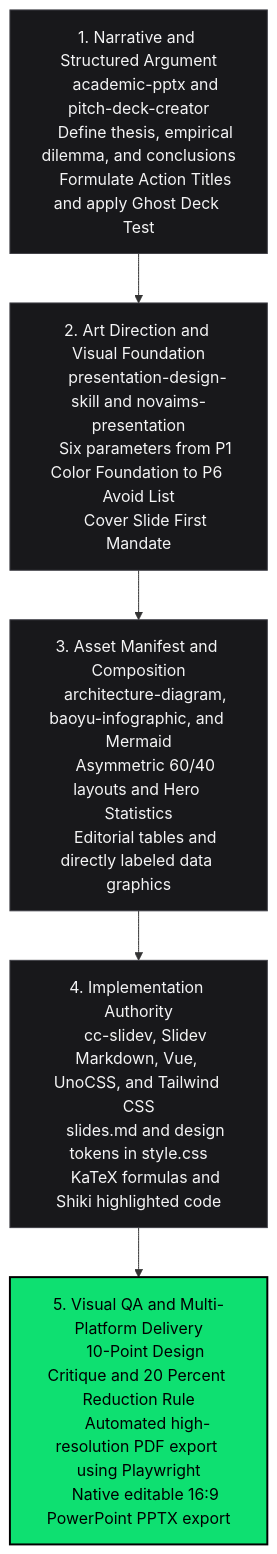
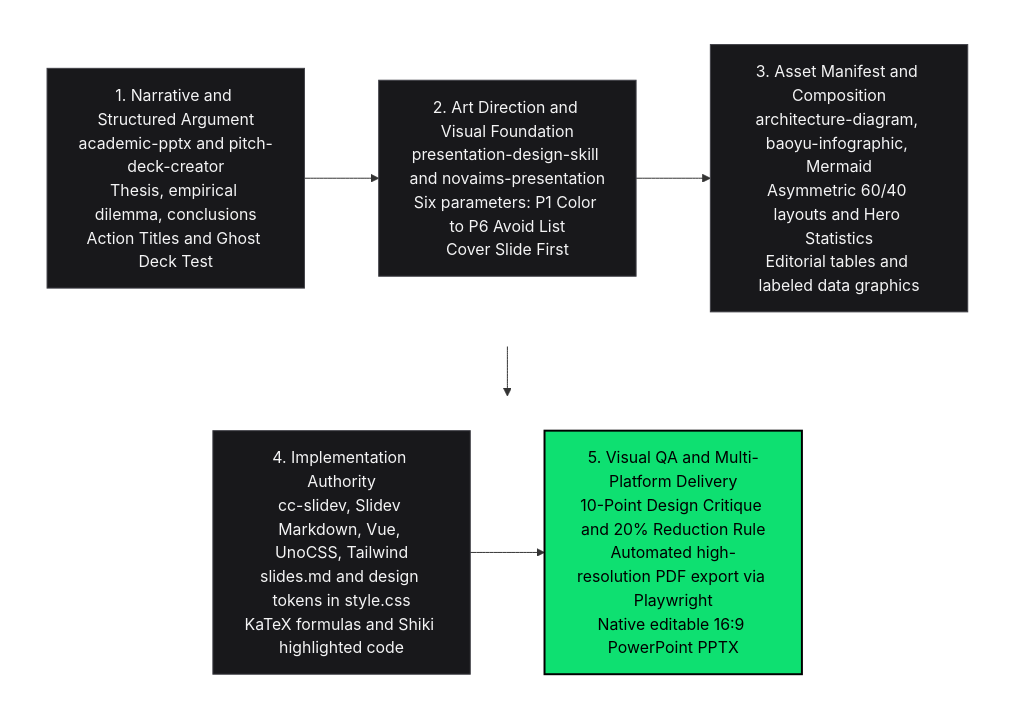
Before and after one commit to adrxLV/presentation-suite-workflow: the diagram in README.md, drawn with Mermaid.

````diff
--- a/README.md
+++ b/README.md
@@ -27,40 +27,30 @@
 ```mermaid
 
-flowchart TD
-    step1["1. Narrative and Structured Argument
-    academic-pptx and pitch-deck-creator
-    Define thesis, empirical dilemma, and conclusions
-    Formulate Action Titles and apply Ghost Deck Test"]
+flowchart TB
+    subgraph row1[" "]
+        direction LR
+        step1["1. Narrative and Structured Argument<br/>academic-pptx and pitch-deck-creator<br/>Thesis, empirical dilemma, conclusions<br/>Action Titles and Ghost Deck Test"]
+        step2["2. Art Direction and Visual Foundation<br/>presentation-design-skill and novaims-presentation<br/>Six parameters: P1 Color to P6 Avoid List<br/>Cover Slide First"]
+        step3["3. Asset Manifest and Composition<br/>architecture-diagram, baoyu-infographic, Mermaid<br/>Asymmetric 60/40 layouts and Hero Statistics<br/>Editorial tables and labeled data graphics"]
+        step1 --> step2 --> step3
+    end
 
-    step2["2. Art Direction and Visual Foundation
-    presentation-design-skill and novaims-presentation
-    Six parameters from P1 Color Foundation to P6 Avoid List
-    Cover Slide First Mandate"]
+    subgraph row2[" "]
+        direction LR
+        step4["4. Implementation Authority<br/>cc-slidev, Slidev Markdown, Vue, UnoCSS, Tailwind<br/>slides.md and design tokens in style.css<br/>KaTeX formulas and Shiki highlighted code"]
+        step5["5. Visual QA and Multi-Platform Delivery<br/>10-Point Design Critique and 20% Reduction Rule<br/>Automated high-resolution PDF export via Playwright<br/>Native editable 16:9 PowerPoint PPTX"]
+        step4 --> step5
+    end
 
-    step3["3. Asset Manifest and Composition
-    architecture-diagram, baoyu-infographic, and Mermaid
-    Asymmetric 60/40 layouts and Hero Statistics
-    Editorial tables and directly labeled data graphics"]
-
-    step4["4. Implementation Authority
-    cc-slidev, Slidev Markdown, Vue, UnoCSS, and Tailwind CSS
-    slides.md and design tokens in style.css
-    KaTeX formulas and Shiki highlighted code"]
-
-    step5["5. Visual QA and Multi-Platform Delivery
-    10-Point Design Critique and 20 Percent Reduction Rule
-    Automated high-resolution PDF export using Playwright
-    Native editable 16:9 PowerPoint PPTX export"]
-
-    step1 --> step2
-    step2 --> step3
     step3 --> step4
-    step4 --> step5
 
     classDef step fill:#18181b,stroke:#3f3f46,stroke-width:1px,color:#f4f4f5
     classDef accent fill:#0EE071,stroke:#000000,stroke-width:2px,color:#000000
 
     class step1,step2,step3,step4 step
     class step5 accent
 
+    style row1 fill:none,stroke:none
+    style row2 fill:none,stroke:none
+
 ```
````
